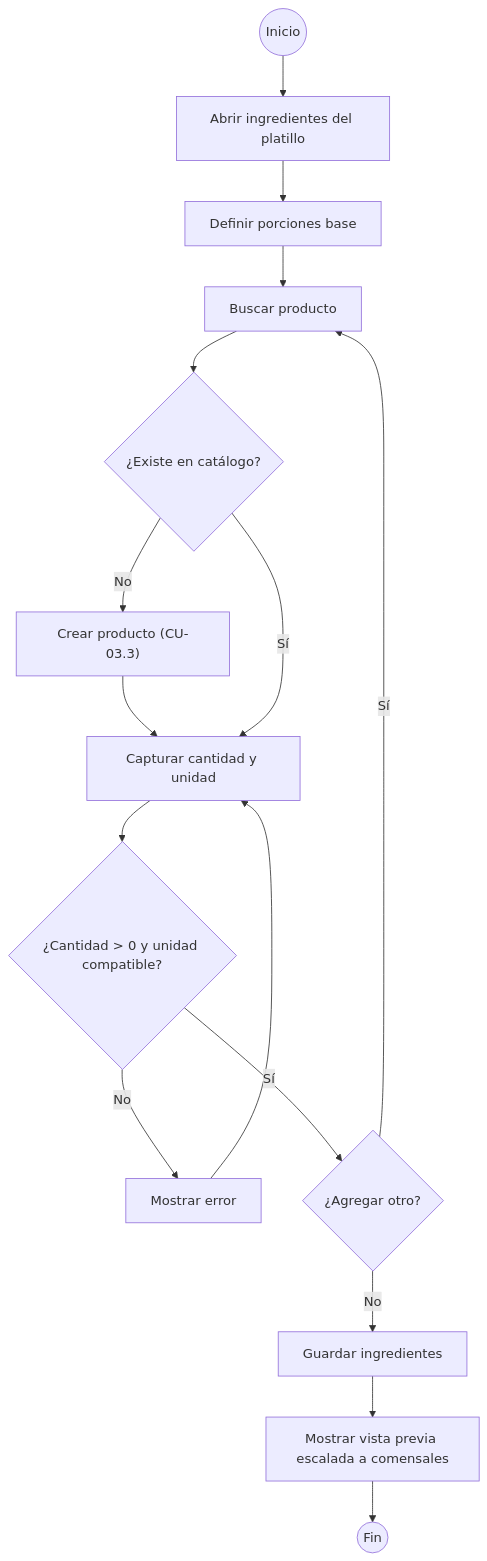
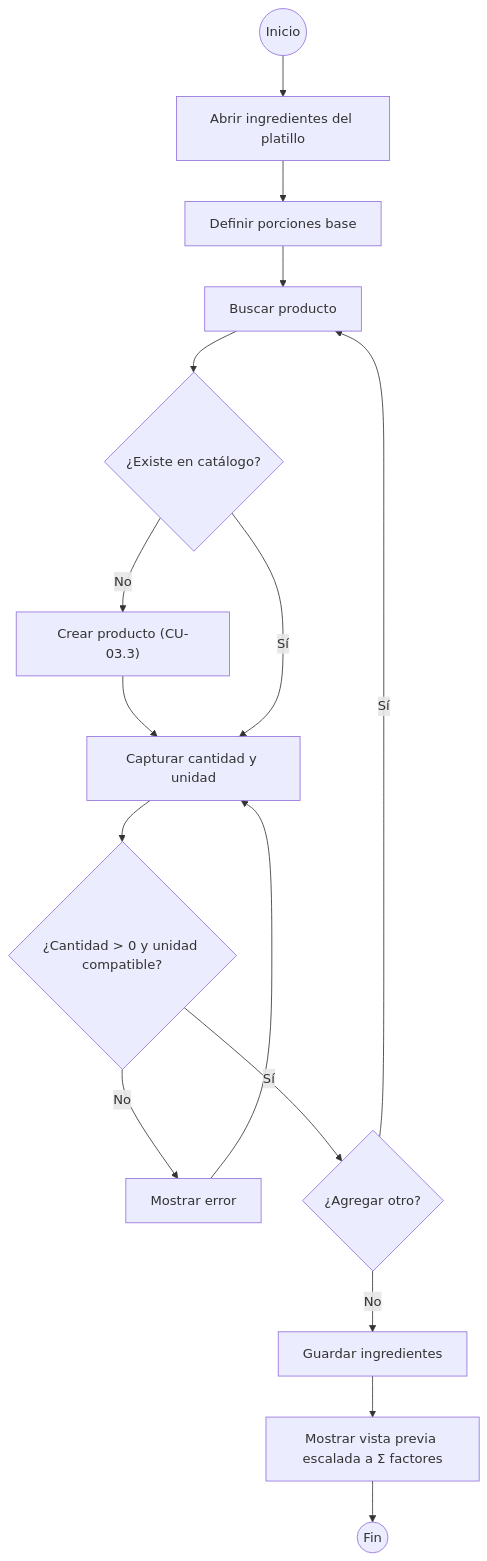
The fourth of 9 diagrams in docs/01-requerimientos/historias/M03-catalogo.md (devrenerosales/App_Comidas), drawn with Mermaid before and after one commit. The commit also changed other lines of this file and 11 other files, not shown here.

````diff
--- a/docs/01-requerimientos/historias/M03-catalogo.md
+++ b/docs/01-requerimientos/historias/M03-catalogo.md
@@ -176,15 +176,15 @@
 ```mermaid
 flowchart TD
   INI(("Inicio")) --> A["Abrir ingredientes del platillo"]
   A --> B["Definir porciones base"]
   B --> C["Buscar producto"]
   C --> D{"¿Existe en catálogo?"}
   D -- "No" --> E["Crear producto (CU-03.3)"] --> F
   D -- "Sí" --> F["Capturar cantidad y unidad"]
   F --> G{"¿Cantidad > 0 y unidad compatible?"}
   G -- "No" --> H["Mostrar error"] --> F
   G -- "Sí" --> I{"¿Agregar otro?"}
   I -- "Sí" --> C
   I -- "No" --> J["Guardar ingredientes"]
-  J --> K["Mostrar vista previa escalada a comensales"] --> FIN(("Fin"))
+  J --> K["Mostrar vista previa escalada a Σ factores"] --> FIN(("Fin"))
 ```
````
